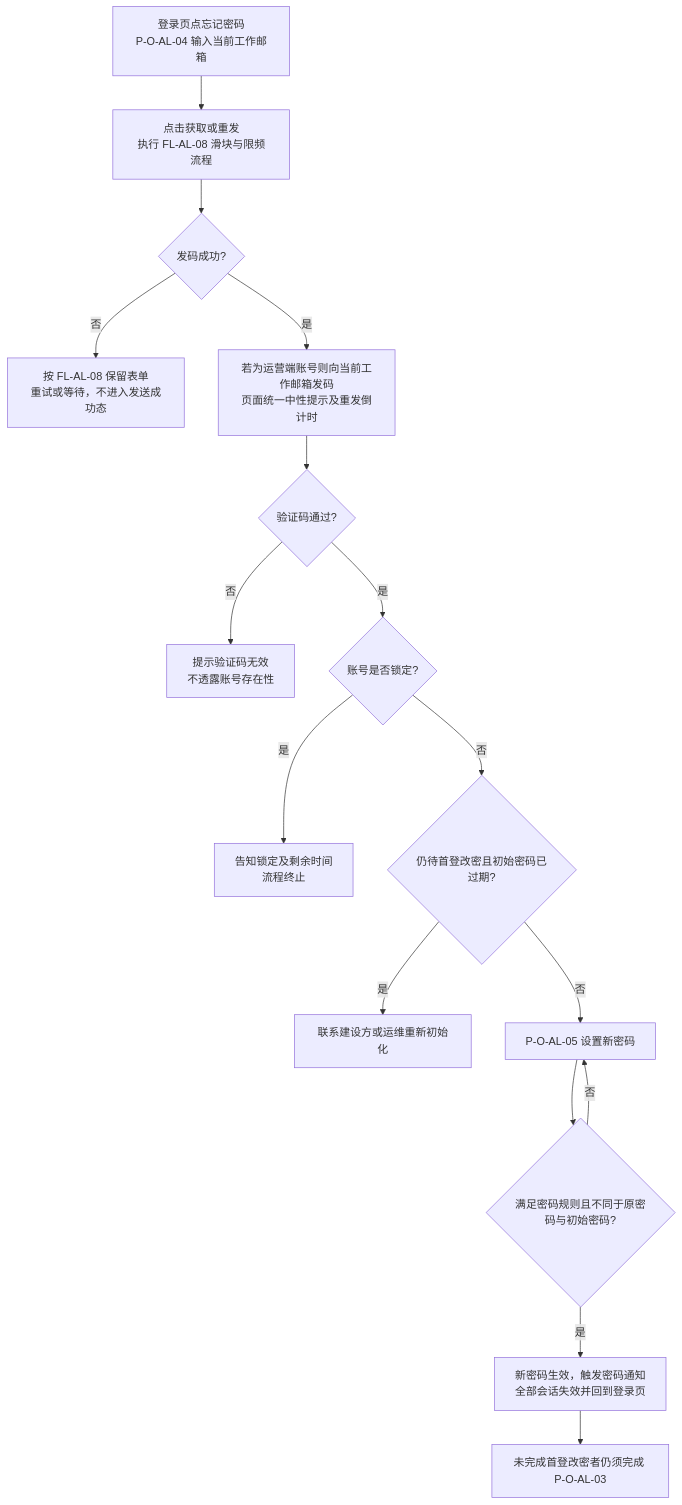
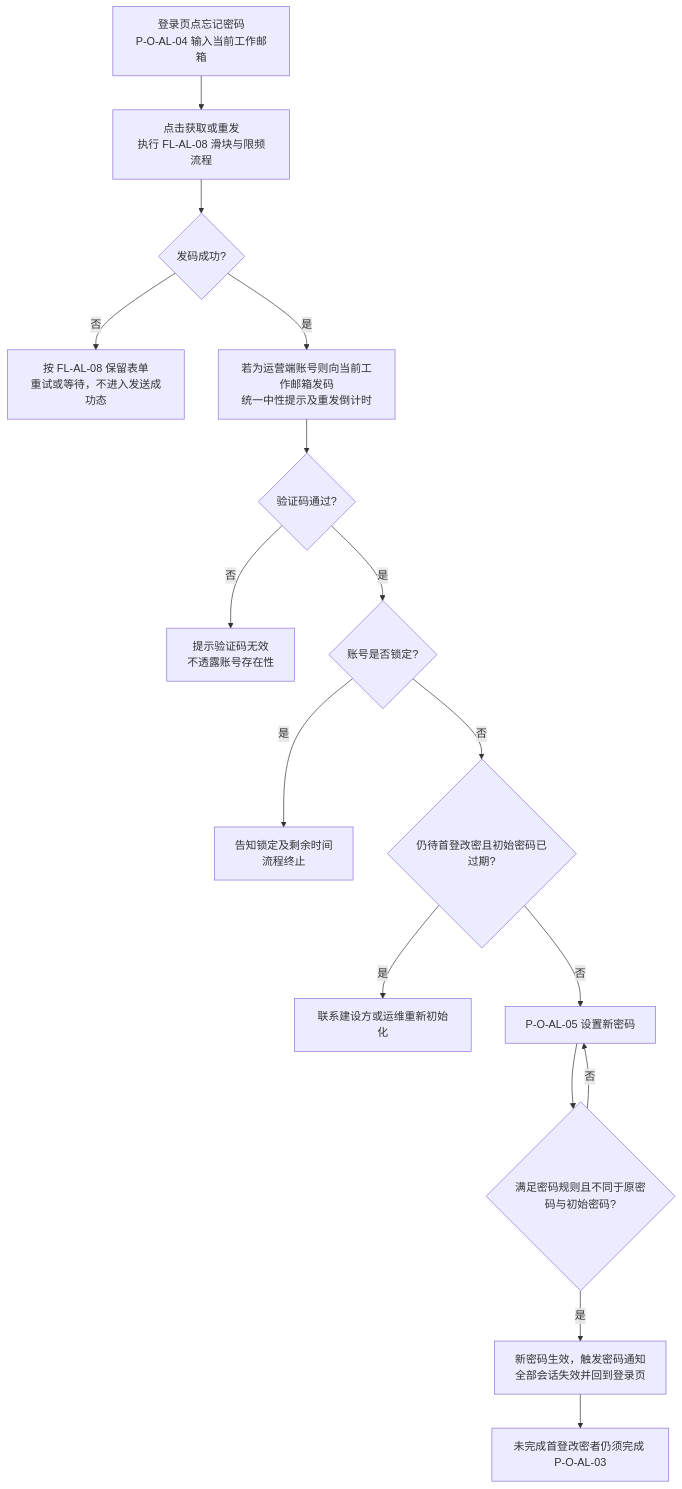
The third of 10 diagrams in lending-platform/PRD/v1.0-运营端账户与登录/02-运营端账户与登录-流程图与状态机.md (wxblockchain/Chain-Financing), drawn with Mermaid before and after one commit. The commit also changed other lines of this file and 4 other files, not shown here.

````diff
--- a/lending-platform/PRD/v1.0-运营端账户与登录/02-运营端账户与登录-流程图与状态机.md
+++ b/lending-platform/PRD/v1.0-运营端账户与登录/02-运营端账户与登录-流程图与状态机.md
@@ -66,18 +64,18 @@
 ```mermaid
 flowchart TD
     A["登录页点忘记密码<br/>P-O-AL-04 输入当前工作邮箱"] --> B["点击获取或重发<br/>执行 FL-AL-08 滑块与限频流程"]
     B --> D{"发码成功?"}
     D -->|否| E["按 FL-AL-08 保留表单<br/>重试或等待，不进入发送成功态"]
-    D -->|是| F["若为运营端账号则向当前工作邮箱发码<br/>页面统一中性提示及重发倒计时"]
+    D -->|是| F["若为运营端账号则向当前工作邮箱发码<br/>统一中性提示及重发倒计时"]
     F --> G{"验证码通过?"}
     G -->|否| H["提示验证码无效<br/>不透露账号存在性"]
     G -->|是| I{"账号是否锁定?"}
     I -->|是| J["告知锁定及剩余时间<br/>流程终止"]
     I -->|否| Q{"仍待首登改密且初始密码已过期?"}
     Q -->|是| R["联系建设方或运维重新初始化"]
     Q -->|否| K["P-O-AL-05 设置新密码"]
     K --> L{"满足密码规则且不同于原密码与初始密码?"}
     L -->|否| K
     L -->|是| M["新密码生效，触发密码通知<br/>全部会话失效并回到登录页"]
     M --> N["未完成首登改密者仍须完成 P-O-AL-03"]
 ```
````
